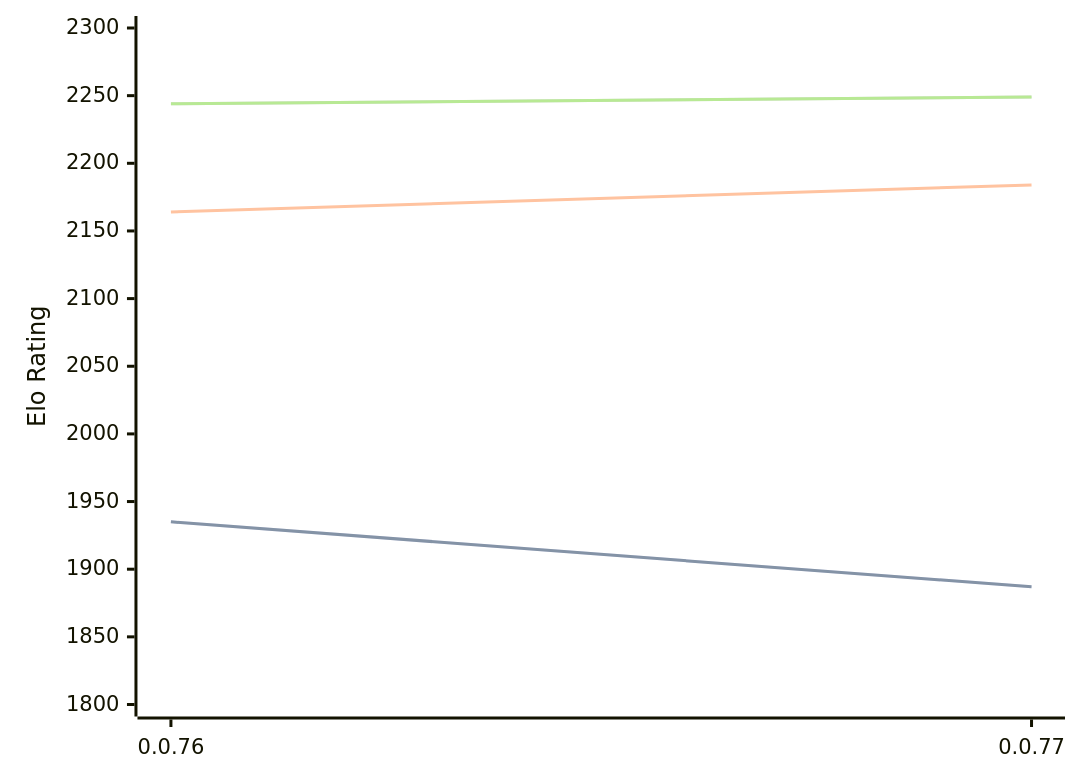
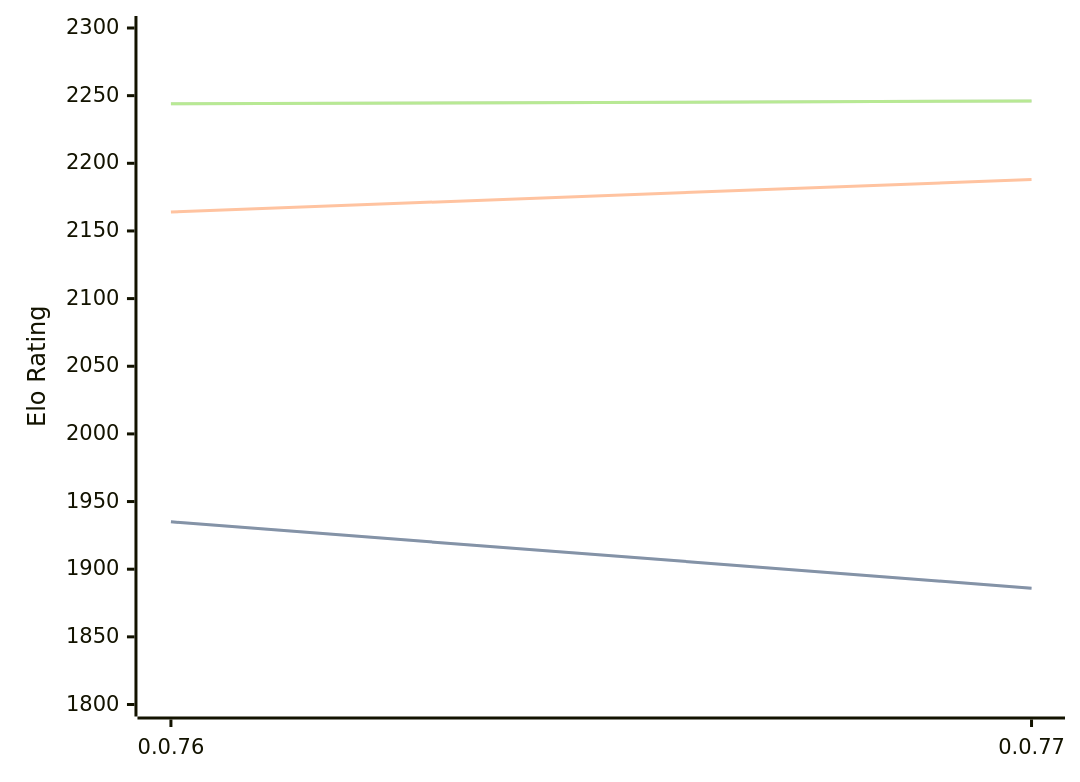
Before and after one commit to computer-chess-index/cci: the diagram in engines/Fktb.md, drawn with Mermaid. The commit also changed other lines of this file, not shown here.

Commit message:
Update CCI Ratings (ELO VLTC) - 2026-04-12

````diff
--- a/engines/Fktb.md
+++ b/engines/Fktb.md
@@ -32,11 +32,11 @@
 ```mermaid
 %%{init: {"theme":"base","themeVariables":{"seriesColors:['#a3a3a3','#222221','#faa371']}}}%%
 xychart-beta
   x-axis ["0.0.76", "0.0.77"]
   y-axis "Elo Rating" 1800 --> 2300
-  line "STC (8.0+0.08s)" [1935, 1887]
-  line "STC (8.0+0.08s)" [1935, 1887]
-  line "LTC (60.0+0.60s)" [2164, 2184]
-  line "VLTC (2m24s+1.12s)" [2244, 2249]
-  line "VLTC (2m24s+1.12s)" [2244, 2249]
+  line "STC (8.0+0.08s)" [1935, 1886]
+  line "STC (8.0+0.08s)" [1935, 1886]
+  line "LTC (60.0+0.60s)" [2164, 2188]
+  line "VLTC (2m24s+1.12s)" [2244, 2246]
+  line "VLTC (2m24s+1.12s)" [2244, 2246]
 ```
````
